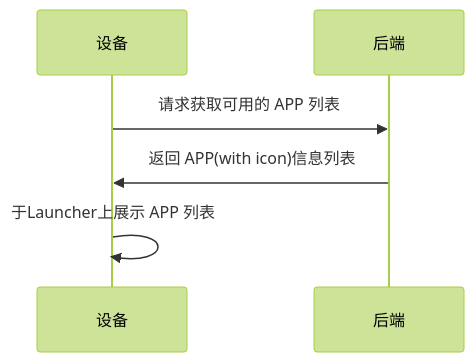
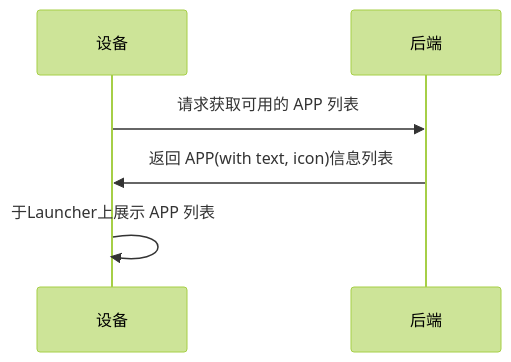
Before and after one commit to shaojun/open_docs: the second of 6 diagrams in projects/commercial/universal_app_api.md, drawn with Mermaid (forest theme). The commit also changed other lines of this file and 3 other files, not shown here.

````diff
--- a/projects/commercial/universal_app_api.md
+++ b/projects/commercial/universal_app_api.md
@@ -40,8 +54,8 @@
 ```mermaid
 sequenceDiagram
     participant Device as 设备
     participant Backend as 后端
     Device->>Backend: 请求获取可用的 APP 列表
-    Backend->>Device: 返回 APP(with icon)信息列表
+    Backend->>Device: 返回 APP(with text, icon)信息列表
     Device->>Device: 于Launcher上展示 APP 列表
 ```
````
